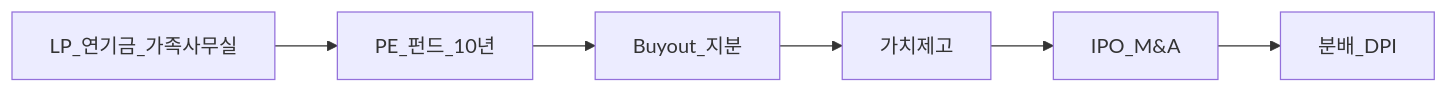
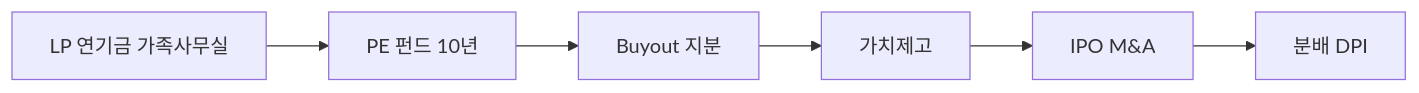
The fourth of 6 diagrams in 03-markets/alternatives-reits-commodities.md (goldanghenry/Finances), drawn with Mermaid before and after one commit. The commit also changed other lines of this file and 211 other files, not shown here.

````diff
--- a/03-markets/alternatives-reits-commodities.md
+++ b/03-markets/alternatives-reits-commodities.md
@@ -224,8 +231,8 @@
 ```mermaid
 flowchart LR
-  LP[LP_연기금_가족사무실] --> Fund[PE_펀드_10년]
-  Fund --> Buy[Buyout_지분]
+  LP["LP 연기금 가족사무실"] --> Fund["PE 펀드 10년"]
+  Fund --> Buy["Buyout 지분"]
   Buy --> Improve[가치제고]
-  Improve --> Exit[IPO_M&A]
-  Exit --> Dist[분배_DPI]
+  Improve --> Exit["IPO M&A"]
+  Exit --> Dist["분배 DPI"]
 ```
````
